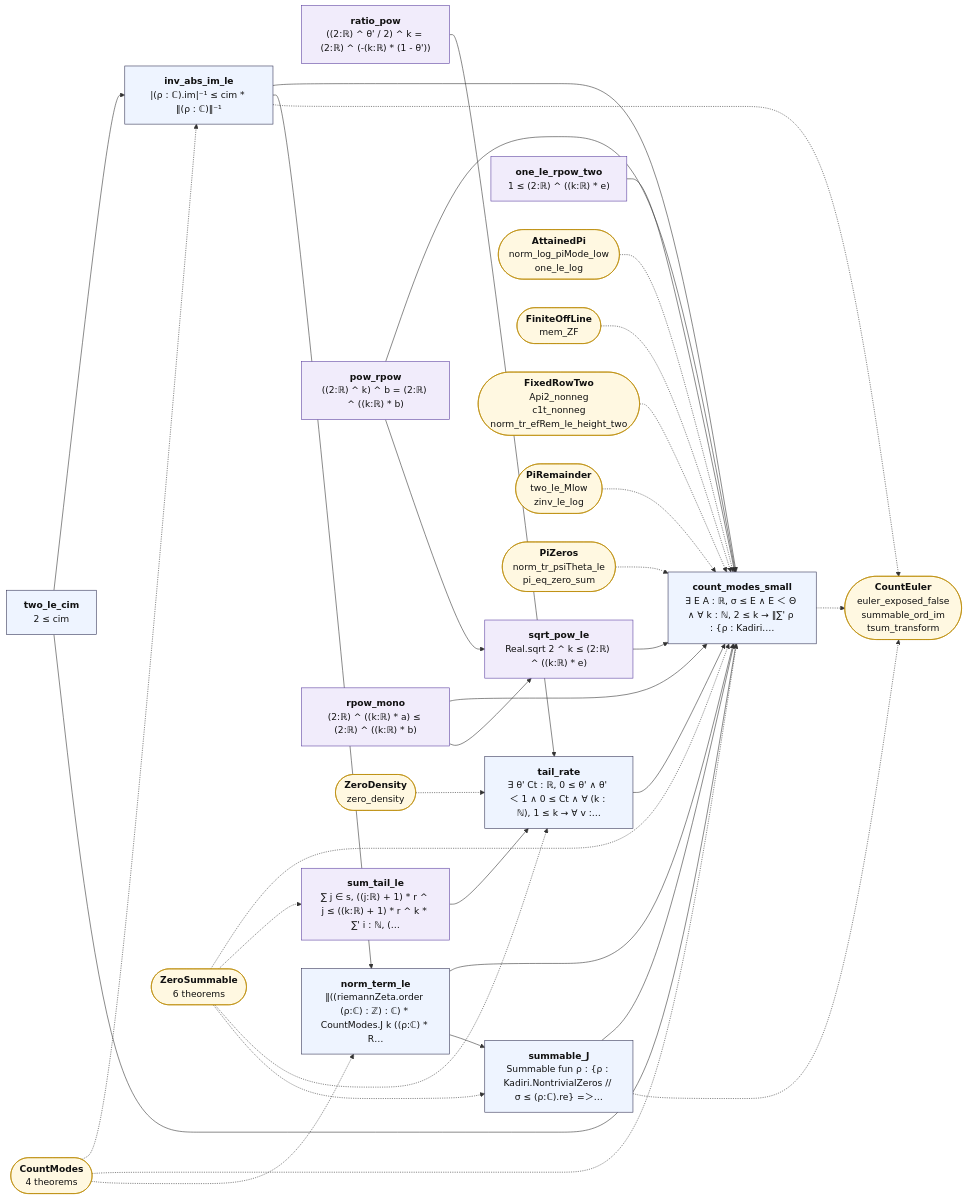
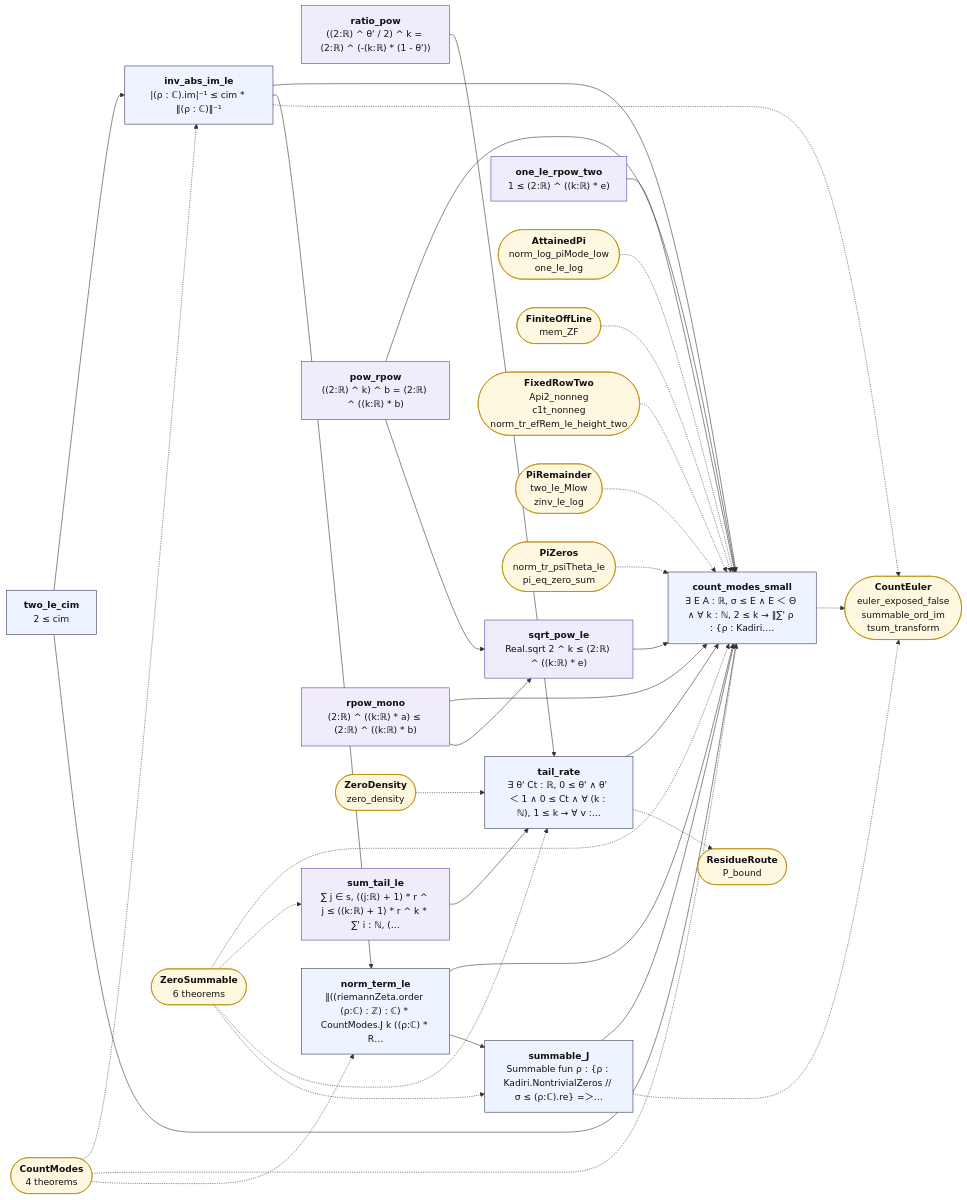
One commit to juliansambranojr/Primebeat_081426 changed the diagram in map/lean_stage3/CountReduction.mmd. Above: the diagram before and after it, drawn with Mermaid. The commit also changed 24 other files, not shown here.

```diff
--- a/map/lean_stage3/CountReduction.mmd
+++ b/map/lean_stage3/CountReduction.mmd
@@ -1,62 +1,64 @@
 flowchart LR
   n0["<b>two_le_cim</b><br/>2 ≤ cim"]:::thm
   n1["<b>inv_abs_im_le</b><br/>|(ρ : ℂ).im|⁻¹ ≤ cim * ‖(ρ : ℂ)‖⁻¹"]:::thm
   n2["<b>ratio_pow</b><br/>((2:ℝ) ^ θ' / 2) ^ k = (2:ℝ) ^ (-(k:ℝ) * (1 - θ'))"]:::shp
   n3["<b>sum_tail_le</b><br/>∑ j ∈ s, ((j:ℝ) + 1) * r ^ j ≤ ((k:ℝ) + 1) * r ^ k * ∑' i : ℕ, (…"]:::shp
   n4["<b>tail_rate</b><br/>∃ θ' Ct : ℝ, 0 ≤ θ' ∧ θ' ＜ 1 ∧ 0 ≤ Ct ∧ ∀ (k : ℕ), 1 ≤ k → ∀ v :…"]:::thm
   n5["<b>norm_term_le</b><br/>‖((riemannZeta.order (ρ:ℂ) : ℤ) : ℂ) * CountModes.J k ((ρ:ℂ) * R…"]:::thm
   n6["<b>summable_J</b><br/>Summable fun ρ : {ρ : Kadiri.NontrivialZeros // σ ≤ (ρ:ℂ).re} =＞…"]:::thm
   n7["<b>pow_rpow</b><br/>((2:ℝ) ^ k) ^ b = (2:ℝ) ^ ((k:ℝ) * b)"]:::shp
   n8["<b>rpow_mono</b><br/>(2:ℝ) ^ ((k:ℝ) * a) ≤ (2:ℝ) ^ ((k:ℝ) * b)"]:::shp
   n9["<b>sqrt_pow_le</b><br/>Real.sqrt 2 ^ k ≤ (2:ℝ) ^ ((k:ℝ) * e)"]:::shp
   n10["<b>one_le_rpow_two</b><br/>1 ≤ (2:ℝ) ^ ((k:ℝ) * e)"]:::shp
   n11["<b>count_modes_small</b><br/>∃ E A : ℝ, σ ≤ E ∧ E ＜ Θ ∧ ∀ k : ℕ, 2 ≤ k → ‖∑' ρ : {ρ : Kadiri.…"]:::thm
   x0(["<b>CountModes</b><br/>4 theorems"]):::ext
   x1(["<b>CountEuler</b><br/>euler_exposed_false<br/>summable_ord_im<br/>tsum_transform"]):::ext
   x2(["<b>ZeroSummable</b><br/>6 theorems"]):::ext
   x3(["<b>ZeroDensity</b><br/>zero_density"]):::ext
-  x4(["<b>AttainedPi</b><br/>norm_log_piMode_low<br/>one_le_log"]):::ext
-  x5(["<b>FiniteOffLine</b><br/>mem_ZF"]):::ext
-  x6(["<b>FixedRowTwo</b><br/>Api2_nonneg<br/>c1t_nonneg<br/>norm_tr_efRem_le_height_two"]):::ext
-  x7(["<b>PiRemainder</b><br/>two_le_Mlow<br/>zinv_le_log"]):::ext
-  x8(["<b>PiZeros</b><br/>norm_tr_psiTheta_le<br/>pi_eq_zero_sum"]):::ext
+  x4(["<b>ResidueRoute</b><br/>P_bound"]):::ext
+  x5(["<b>AttainedPi</b><br/>norm_log_piMode_low<br/>one_le_log"]):::ext
+  x6(["<b>FiniteOffLine</b><br/>mem_ZF"]):::ext
+  x7(["<b>FixedRowTwo</b><br/>Api2_nonneg<br/>c1t_nonneg<br/>norm_tr_efRem_le_height_two"]):::ext
+  x8(["<b>PiRemainder</b><br/>two_le_Mlow<br/>zinv_le_log"]):::ext
+  x9(["<b>PiZeros</b><br/>norm_tr_psiTheta_le<br/>pi_eq_zero_sum"]):::ext
   n0 --> n1
   n0 --> n11
   n1 --> n11
   n1 --> n5
   n10 --> n11
   n2 --> n4
   n3 --> n4
   n4 --> n11
   n5 --> n11
   n5 --> n6
   n6 --> n11
   n7 --> n11
   n7 --> n9
   n8 --> n11
   n8 --> n9
   n9 --> n11
   n1 -.-> x1
   n11 -.-> x1
+  n4 -.-> x4
   n6 -.-> x1
   x0 -.-> n1
   x0 -.-> n11
   x0 -.-> n5
   x2 -.-> n11
   x2 -.-> n3
   x2 -.-> n4
   x2 -.-> n6
   x3 -.-> n4
-  x4 -.-> n11
   x5 -.-> n11
   x6 -.-> n11
   x7 -.-> n11
   x8 -.-> n11
+  x9 -.-> n11
   classDef cnt fill:#dff5ec,stroke:#17694a,color:#111
   classDef shp fill:#f1ecfb,stroke:#5b3fa0,color:#111
   classDef rh fill:#ffe5e5,stroke:#c22,color:#111,stroke-width:2px
   classDef thm fill:#eef4ff,stroke:#335,color:#111
   classDef end_ fill:#e7f7e7,stroke:#2a7,color:#111,stroke-width:2px
   classDef lone fill:#fff,stroke:#999,color:#111,stroke-dasharray:4 3
   classDef bad fill:#ffe5e5,stroke:#c22,color:#111,stroke-width:2px
   classDef ext fill:#fff8e1,stroke:#b80,color:#111
```
